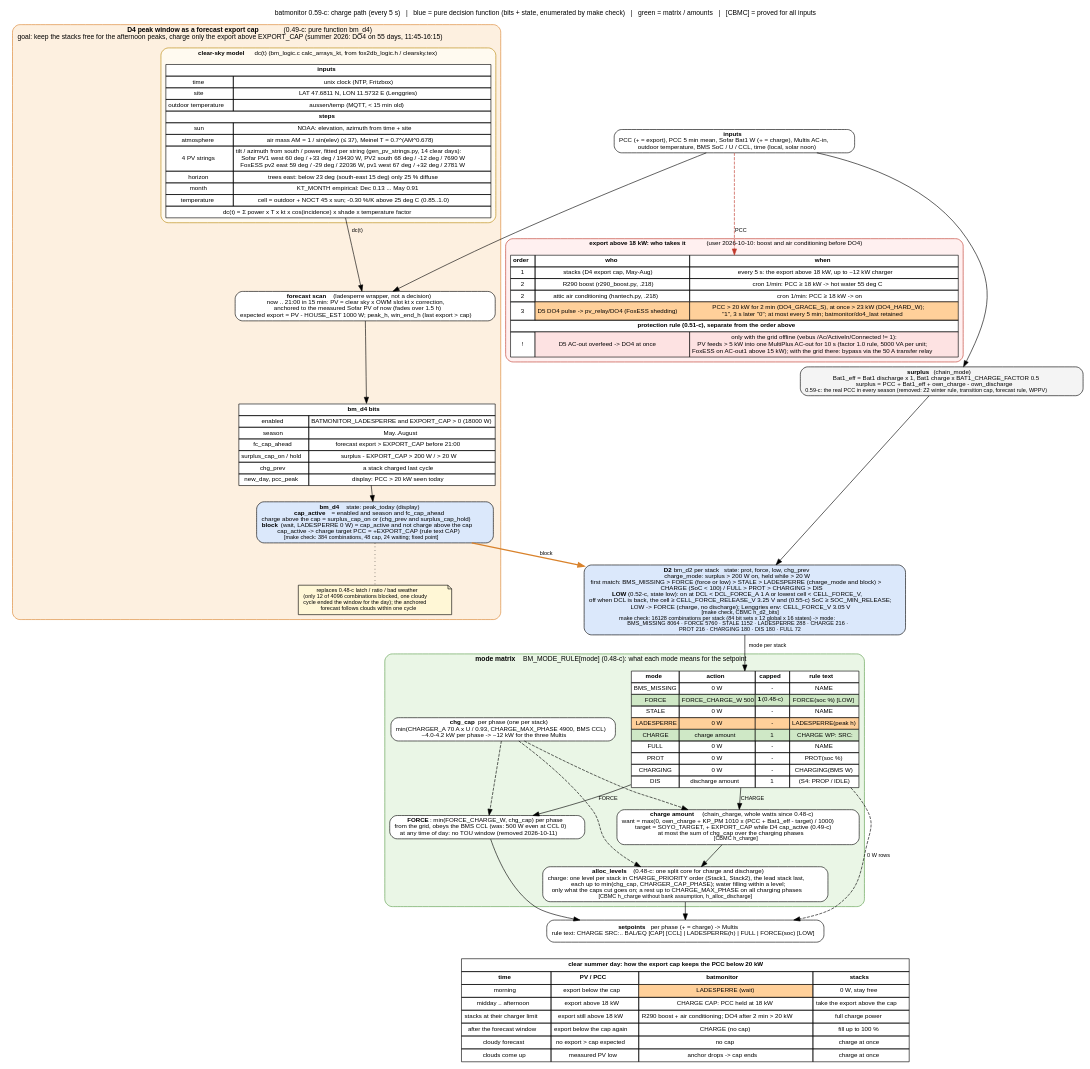
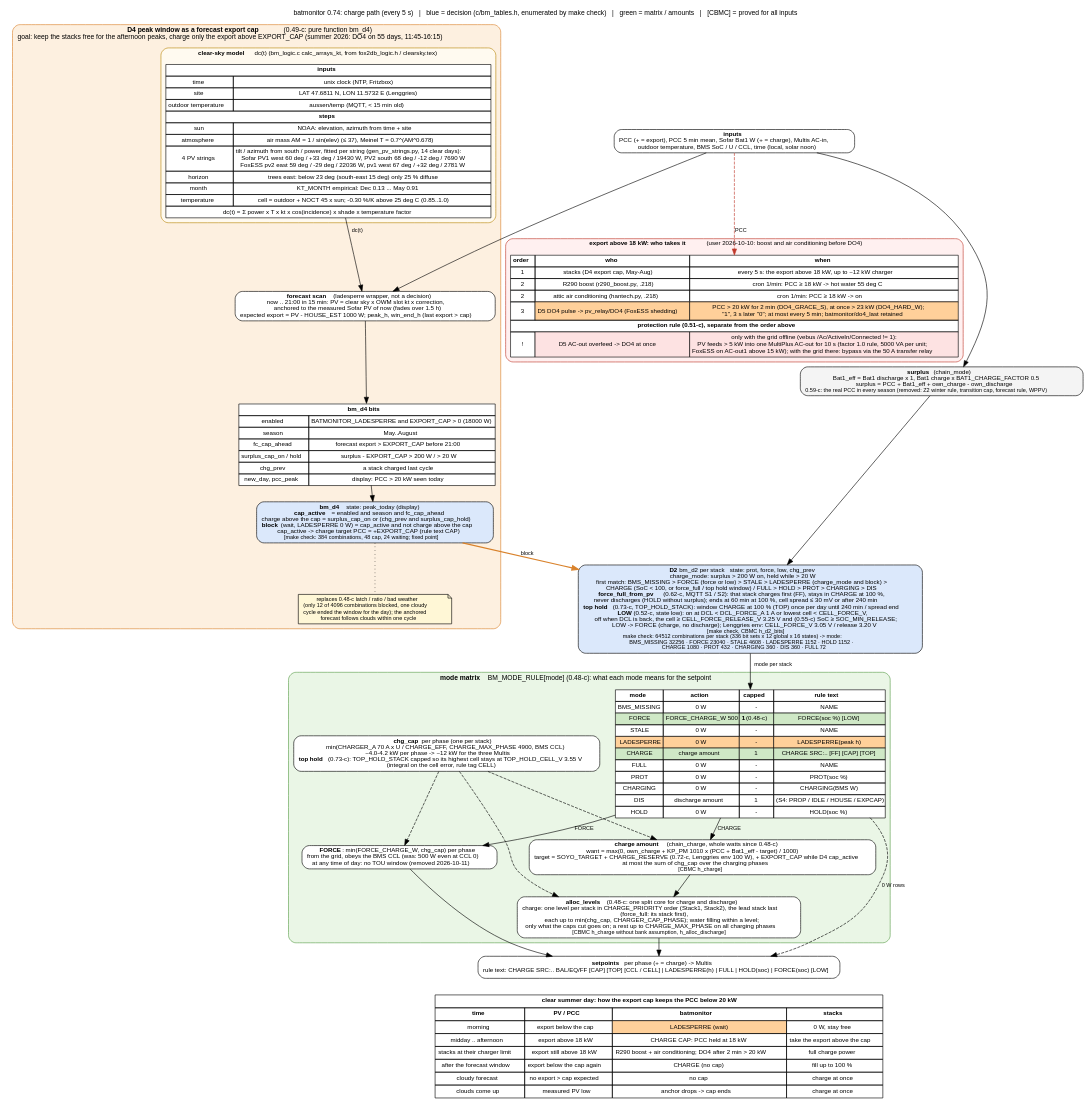
One commit to gerontec/victron changed the diagram in docs/charge_flow.dot. Above: the diagram before and after it, drawn with Graphviz. The commit also changed 23 other files, not shown here.

First line of the commit message:
docs: diagrams generated from c/bm_tables.h, flow charts updated to 0.74, observed states page

```diff
--- a/docs/charge_flow.dot
+++ b/docs/charge_flow.dot
@@ -1,9 +1,9 @@
-// batmonitor 0.59-c: charge path of one cycle as decision matrices, with the summer peak window (D4 LADESPERRE)
+// batmonitor 0.74: charge path of one cycle as decision matrices, with the summer peak window (D4 LADESPERRE)
 // that keeps the stacks free in the morning so they take the midday PV and the PCC export stays below 20 kW.
-// render: dot -Tpdf charge_flow.dot -o charge_flow.pdf   (or -Tpng)
+// render: python3 docs/gen_docs.py
 digraph charge {
 	graph [rankdir=TB, fontname="Helvetica", fontsize=11, nodesep=0.35, ranksep=0.35, newrank=true,
-		   label="batmonitor 0.59-c: charge path (every 5 s)   |   blue = pure decision function (bits + state, enumerated by make check)   |   green = matrix / amounts   |   [CBMC] = proved for all inputs",
+		   label="batmonitor 0.74: charge path (every 5 s)   |   blue = decision (c/bm_tables.h, enumerated by make check)   |   green = matrix / amounts   |   [CBMC] = proved for all inputs",
 		   labelloc=t];
 	node [shape=box, style="rounded,filled", fillcolor="#f4f4f4", fontname="Helvetica", fontsize=10];
 	edge [fontname="Helvetica", fontsize=9];
@@ -54,7 +54,7 @@
 		d4 -> note_ls [style=dotted, arrowhead=none];
 	}
 
-	d2 [label=<<b>D2</b> bm_d2 per stack   state: prot, force, low, chg_prev<br/>charge_mode: surplus &gt; 200 W on, held while &gt; 20 W<br/>first match: BMS_MISSING &gt; FORCE (force or low) &gt; STALE &gt; LADESPERRE (charge_mode and block) &gt;<br/>CHARGE (SoC &lt; 100) / FULL &gt; PROT &gt; CHARGING &gt; DIS<br/><b>LOW</b> (0.52-c, state low): on at DCL &lt; DCL_FORCE_A 1 A or lowest cell &lt; CELL_FORCE_V,<br/>off when DCL is back, the cell &ge; CELL_FORCE_RELEASE_V 3.25 V and (0.55-c) SoC &ge; SOC_MIN_RELEASE;<br/>LOW -&gt; FORCE (charge, no discharge); Lenggries env: CELL_FORCE_V 3.05 V<br/><font point-size="9">[make check, CBMC h_d2_bits]</font><br/><font point-size="9">make check: 16128 combinations per stack (84 bit sets x 12 global x 16 states) -&gt; mode:<br/>BMS_MISSING 8064 · FORCE 5760 · STALE 1152 · LADESPERRE 288 · CHARGE 216 ·<br/>PROT 216 · CHARGING 180 · DIS 180 · FULL 72</font>>, fillcolor="#dbe8fb"];
+	d2 [label=<<b>D2</b> bm_d2 per stack   state: prot, force, low, chg_prev<br/>charge_mode: surplus &gt; 200 W on, held while &gt; 20 W<br/>first match: BMS_MISSING &gt; FORCE (force or low) &gt; STALE &gt; LADESPERRE (charge_mode and block) &gt;<br/>CHARGE (SoC &lt; 100, or force_full / top hold window) / FULL &gt; HOLD &gt; PROT &gt; CHARGING &gt; DIS<br/><b>force_full_from_pv</b> (0.62-c, MQTT S1 / S2): that stack charges first (FF), stays in CHARGE at 100 %,<br/>never discharges (HOLD without surplus); ends at 60 min at 100 %, cell spread &le; 30 mV or after 240 min<br/><b>top hold</b> (0.73-c, TOP_HOLD_STACK): window CHARGE at 100 % (TOP) once per day until 240 min / spread end<br/><b>LOW</b> (0.52-c, state low): on at DCL &lt; DCL_FORCE_A 1 A or lowest cell &lt; CELL_FORCE_V,<br/>off when DCL is back, the cell &ge; CELL_FORCE_RELEASE_V 3.25 V and (0.55-c) SoC &ge; SOC_MIN_RELEASE;<br/>LOW -&gt; FORCE (charge, no discharge); Lenggries env: CELL_FORCE_V 3.05 V / release 3.20 V<br/><font point-size="9">[make check, CBMC h_d2_bits]</font><br/><font point-size="9">make check: 64512 combinations per stack (336 bit sets x 12 global x 16 states) -&gt; mode:<br/>BMS_MISSING 32256 · FORCE 23040 · STALE 4608 · LADESPERRE 1152 · HOLD 1152 ·<br/>CHARGE 1080 · PROT 432 · CHARGING 360 · DIS 360 · FULL 72</font>>, fillcolor="#dbe8fb"];
 
 	subgraph cluster_mode {
 		label=<<b>mode matrix</b> BM_MODE_RULE[mode] (0.48-c): what each mode means for the setpoint>;
@@ -66,16 +66,17 @@
 			<tr><td bgcolor="#cfe8c6">FORCE</td><td bgcolor="#cfe8c6">FORCE_CHARGE_W 500</td><td bgcolor="#cfe8c6"><b>1</b> (0.48-c)</td><td bgcolor="#cfe8c6">FORCE(soc %) [LOW]</td></tr>
 			<tr><td>STALE</td><td>0 W</td><td>-</td><td>NAME</td></tr>
 			<tr><td bgcolor="#ffd09a">LADESPERRE</td><td bgcolor="#ffd09a">0 W</td><td bgcolor="#ffd09a">-</td><td bgcolor="#ffd09a">LADESPERRE(peak h)</td></tr>
-			<tr><td bgcolor="#cfe8c6">CHARGE</td><td bgcolor="#cfe8c6">charge amount</td><td bgcolor="#cfe8c6">1</td><td bgcolor="#cfe8c6">CHARGE WP: SRC:</td></tr>
+			<tr><td bgcolor="#cfe8c6">CHARGE</td><td bgcolor="#cfe8c6">charge amount</td><td bgcolor="#cfe8c6">1</td><td bgcolor="#cfe8c6">CHARGE SRC:.. [FF] [CAP] [TOP]</td></tr>
 			<tr><td>FULL</td><td>0 W</td><td>-</td><td>NAME</td></tr>
 			<tr><td>PROT</td><td>0 W</td><td>-</td><td>PROT(soc %)</td></tr>
 			<tr><td>CHARGING</td><td>0 W</td><td>-</td><td>CHARGING(BMS W)</td></tr>
-			<tr><td>DIS</td><td>discharge amount</td><td>1</td><td>(S4: PROP / IDLE)</td></tr>
+			<tr><td>DIS</td><td>discharge amount</td><td>1</td><td>(S4: PROP / IDLE / HOUSE / EXPCAP)</td></tr>
+			<tr><td>HOLD</td><td>0 W</td><td>-</td><td>HOLD(soc %)</td></tr>
 			</table>>];
 		force [label=<<b>FORCE</b>: min(FORCE_CHARGE_W, chg_cap) per phase<br/>from the grid, obeys the BMS CCL (was: 500 W even at CCL 0)<br/>at any time of day: no TOU window (removed 2026-10-11)>, fillcolor="#ffffff"];
-		amount [label=<<b>charge amount</b> (chain_charge, whole watts since 0.48-c)<br/>want = max(0, own_charge + KP_PM 1010 x (PCC + Bat1_eff - target) / 1000)<br/>target = SOYO_TARGET, + EXPORT_CAP while D4 cap_active (0.49-c)<br/>at most the sum of chg_cap over the charging phases<br/><font point-size="9">[CBMC h_charge]</font>>, fillcolor="#ffffff"];
-		caps [label=<<b>chg_cap</b> per phase (one per stack)<br/>min(CHARGER_A 70 A x U / 0.93, CHARGE_MAX_PHASE 4900, BMS CCL)<br/>~4.0-4.2 kW per phase -&gt; ~12 kW for the three Multis>, fillcolor="#ffffff"];
-		alloc [label=<<b>alloc_levels</b> (0.48-c: one split core for charge and discharge)<br/>charge: one level per stack in CHARGE_PRIORITY order (Stack1, Stack2), the lead stack last,<br/>each up to min(chg_cap, CHARGER_CAP_PHASE); water filling within a level;<br/>only what the caps cut goes on; a rest up to CHARGE_MAX_PHASE on all charging phases<br/><font point-size="9">[CBMC h_charge without bank assumption, h_alloc_discharge]</font>>, fillcolor="#ffffff"];
+		amount [label=<<b>charge amount</b> (chain_charge, whole watts since 0.48-c)<br/>want = max(0, own_charge + KP_PM 1010 x (PCC + Bat1_eff - target) / 1000)<br/>target = SOYO_TARGET + CHARGE_RESERVE (0.72-c, Lenggries env 100 W), + EXPORT_CAP while D4 cap_active<br/>at most the sum of chg_cap over the charging phases<br/><font point-size="9">[CBMC h_charge]</font>>, fillcolor="#ffffff"];
+		caps [label=<<b>chg_cap</b> per phase (one per stack)<br/>min(CHARGER_A 70 A x U / CHARGE_EFF, CHARGE_MAX_PHASE 4900, BMS CCL)<br/>~4.0-4.2 kW per phase -&gt; ~12 kW for the three Multis<br/><b>top hold</b> (0.73-c): TOP_HOLD_STACK capped so its highest cell stays at TOP_HOLD_CELL_V 3.55 V<br/>(integral on the cell error, rule tag CELL)>, fillcolor="#ffffff"];
+		alloc [label=<<b>alloc_levels</b> (0.48-c: one split core for charge and discharge)<br/>charge: one level per stack in CHARGE_PRIORITY order (Stack1, Stack2), the lead stack last<br/>(force_full: its stack first),<br/>each up to min(chg_cap, CHARGER_CAP_PHASE); water filling within a level;<br/>only what the caps cut goes on; a rest up to CHARGE_MAX_PHASE on all charging phases<br/><font point-size="9">[CBMC h_charge without bank assumption, h_alloc_discharge]</font>>, fillcolor="#ffffff"];
 		mrule -> force [label=" FORCE"];
 		mrule -> amount [label=" CHARGE"];
 		caps -> amount [style=dashed];
@@ -99,7 +100,7 @@
 			</table>>];
 	}
 
-	out [label=<<b>setpoints</b> per phase (+ = charge) -&gt; Multis<br/>rule text: CHARGE SRC:.. BAL/EQ [CAP] [CCL] | LADESPERRE(h) | FULL | FORCE(soc) [LOW]>, fillcolor="#ffffff"];
+	out [label=<<b>setpoints</b> per phase (+ = charge) -&gt; Multis<br/>rule text: CHARGE SRC:.. BAL/EQ/FF [CAP] [TOP] [CCL / CELL] | LADESPERRE(h) | FULL | HOLD(soc) | FORCE(soc) [LOW]>, fillcolor="#ffffff"];
 
 	timeline [shape=plain, label=<
 		<table border="0" cellborder="1" cellspacing="0" cellpadding="4" bgcolor="#ffffff">
```
